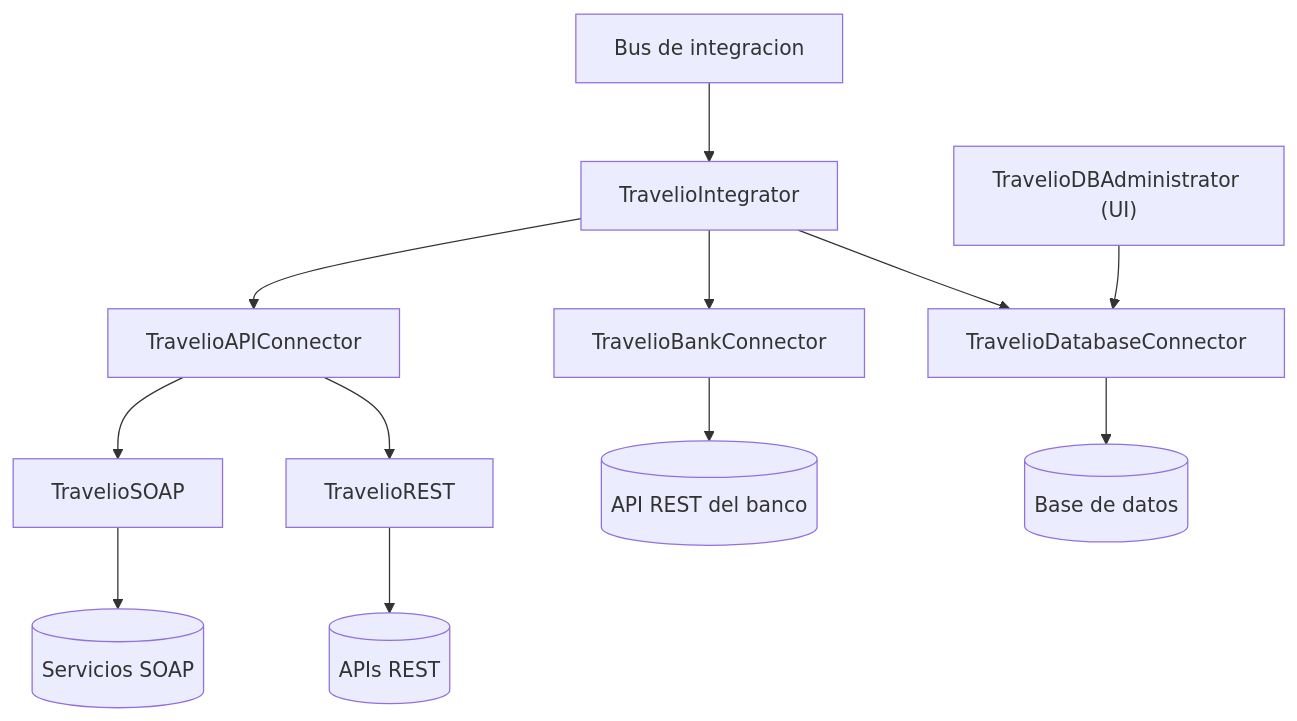
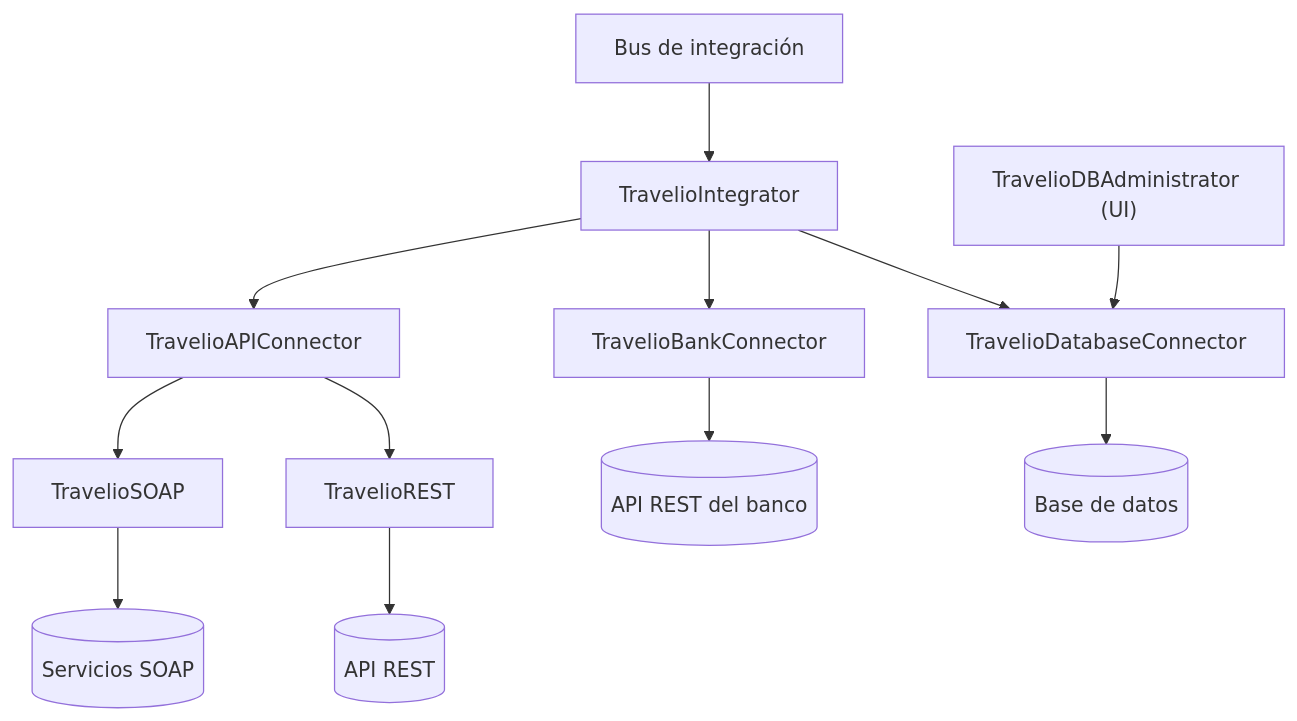
The diagram in README.md (klimatr26/Travelio), drawn with Mermaid before and after one commit. The commit also changed other lines of this file, not shown here.

````diff
--- a/README.md
+++ b/README.md
@@ -16,14 +16,14 @@
 ```mermaid
 flowchart TD
-  Bus[Bus de integracion] --> Integrator[TravelioIntegrator]
+  Bus[Bus de integración] --> Integrator[TravelioIntegrator]
   Integrator --> DatabaseConnector[TravelioDatabaseConnector]
   Integrator --> BankConnector[TravelioBankConnector]
   Integrator --> APIConnector[TravelioAPIConnector]
   APIConnector --> REST[TravelioREST]
-  REST --> RESTapis[(APIs REST)]
+  REST --> RESTapis[(API REST)]
   APIConnector --> SOAP[TravelioSOAP]
   SOAP --> SOAPservices[(Servicios SOAP)]
   DatabaseConnector --> DB[(Base de datos)]
   DBAdmin["TravelioDBAdministrator (UI)"] --> DatabaseConnector
   BankConnector --> BankAPI[(API REST del banco)]
 ```
````
